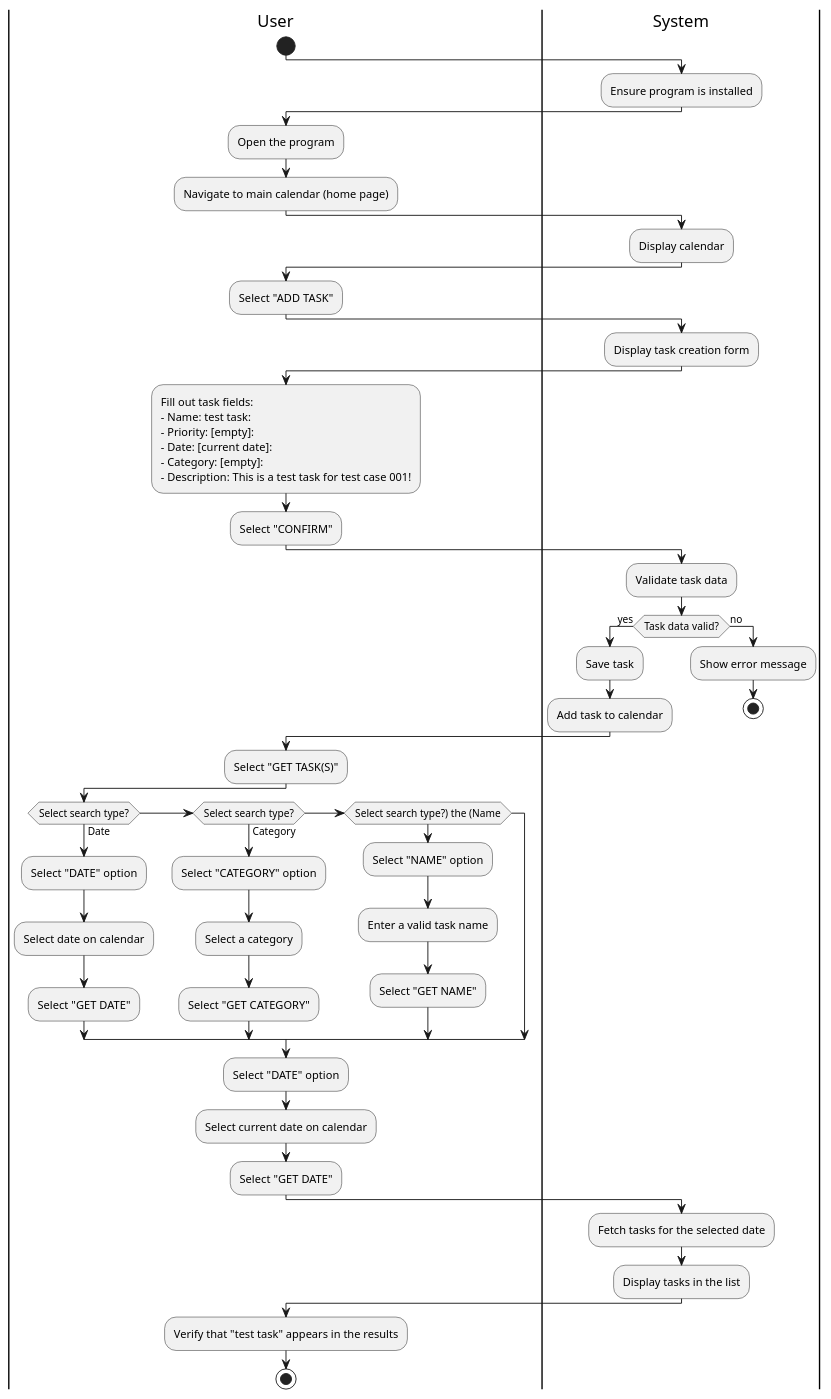
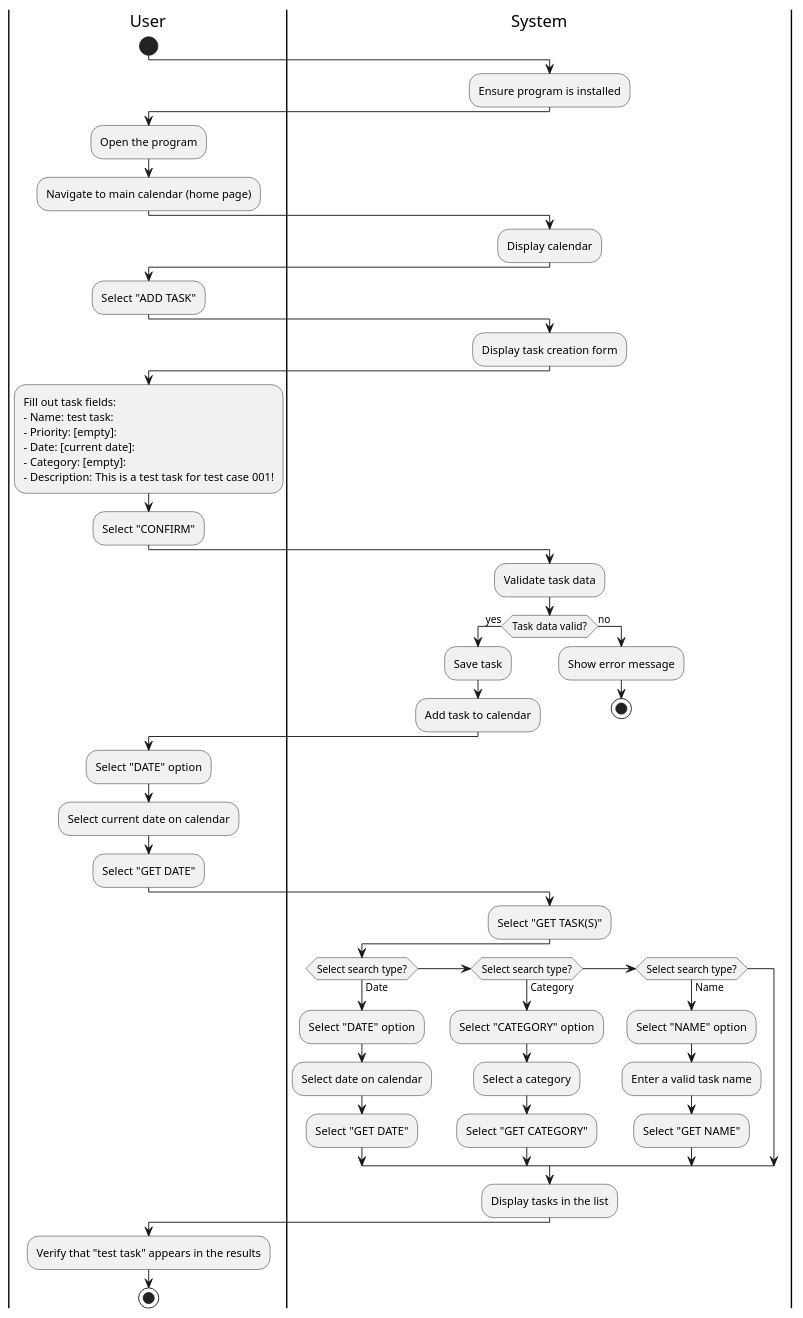
Before and after one commit to CS361-2024Fall-Term/Innovators: the diagram in assignment7/add_task.puml, drawn with PlantUML.

```diff
--- a/assignment7/add_task.puml
+++ b/assignment7/add_task.puml
@@ -1,69 +1,68 @@
 @startuml
 |User|
 start
 
 |System|
 :Ensure program is installed;
 
 |User|
 :Open the program;
 :Navigate to main calendar (home page);
 
 |System|
 :Display calendar;
 
 |User|
 :Select "ADD TASK";
 
 |System|
 :Display task creation form;
 
 |User|
 :Fill out task fields:
 - Name: test task:
 - Priority: [empty]:
 - Date: [current date]:
 - Category: [empty]:
 - Description: This is a test task for test case 001!;
 :Select "CONFIRM";
 
 |System|
 :Validate task data;
 
 |System|
 if (Task data valid?) then (yes)
   :Save task;
   :Add task to calendar;
 else (no)
   :Show error message;
   stop
 endif
 
 |User|
+:Select "DATE" option;
+:Select current date on calendar;
+:Select "GET DATE";
+
+|System|
 :Select "GET TASK(S)";
 if (Select search type?) then (Date)
   :Select "DATE" option;
   :Select date on calendar;
   :Select "GET DATE";
 elseif (Select search type?) then (Category)
   :Select "CATEGORY" option;
   :Select a category;
   :Select "GET CATEGORY";
-elseif (Select search type?) the (Name)
+elseif (Select search type?) then (Name)
   :Select "NAME" option;
   :Enter a valid task name;
   :Select "GET NAME";
 endif
-:Select "DATE" option;
-:Select current date on calendar;
-:Select "GET DATE";
-
-|System|
-:Fetch tasks for the selected date;
 :Display tasks in the list;
 
 |User|
 :Verify that "test task" appears in the results;
 stop
 
 @enduml
```
